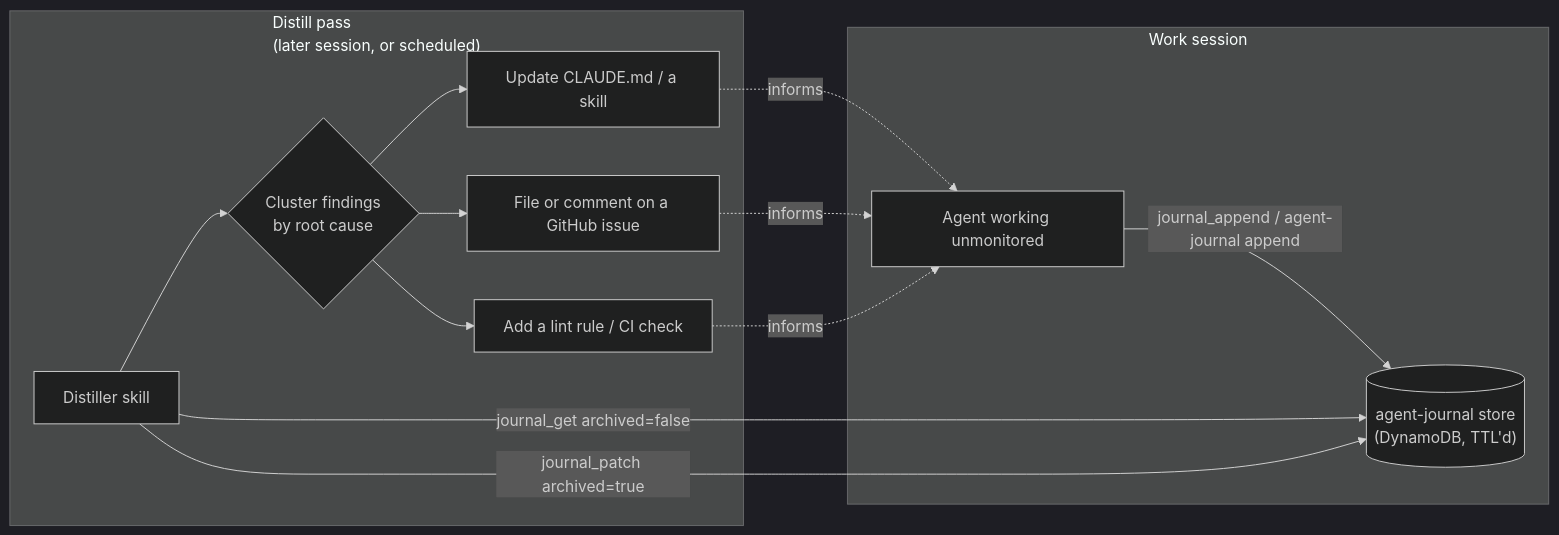
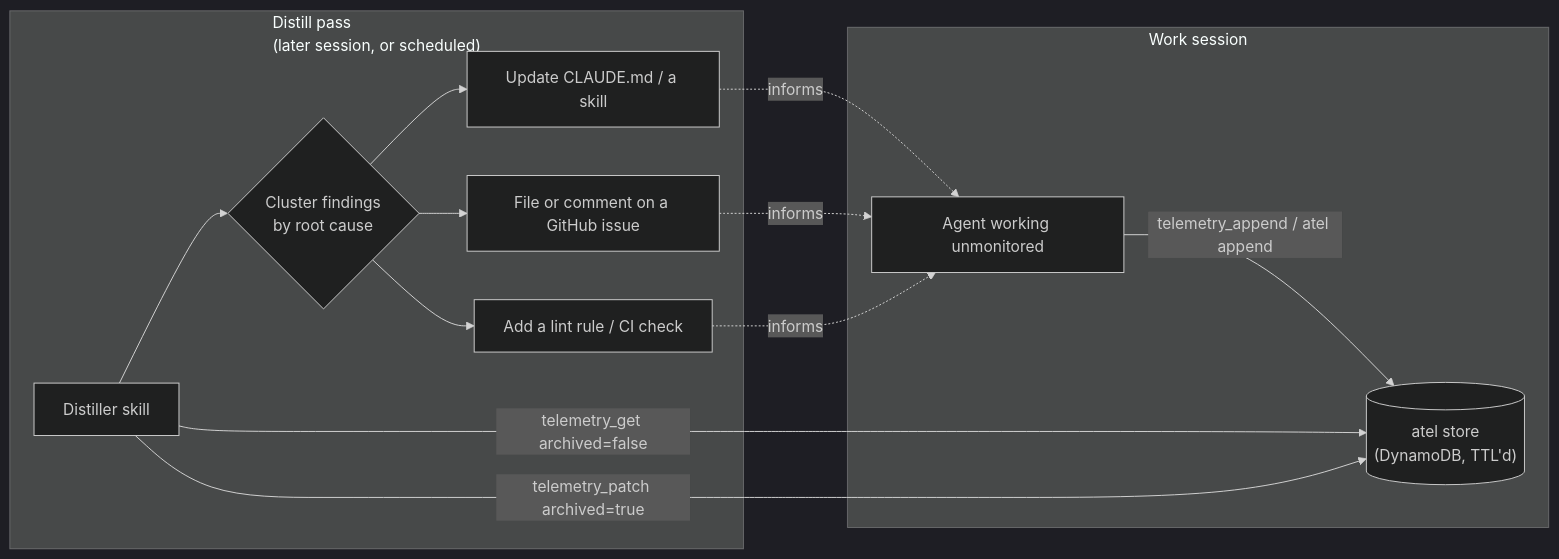
One commit to jonathanong/agent-blackboard changed the diagram in docs/loop-engineering.md. Above: the diagram before and after it, drawn with Mermaid (dark theme). The commit also changed other lines of this file and 200 other files, not shown here.

First line of the commit message:
Rename agent-journal to atel (Agent Telemetry) — full rebrand

````diff
--- a/docs/loop-engineering.md
+++ b/docs/loop-engineering.md
@@ -12,19 +12,19 @@
 ```mermaid
 flowchart LR
     subgraph W["Work session"]
-        A["Agent working unmonitored"] -->|"journal_append / agent-journal append"| J[("agent-journal store<br/>(DynamoDB, TTL'd)")]
+        A["Agent working unmonitored"] -->|"telemetry_append / atel append"| J[("atel store<br/>(DynamoDB, TTL'd)")]
     end
 
     subgraph L["Distill pass<br/>(later session, or scheduled)"]
-        D["Distiller skill"] -->|"journal_get archived=false"| J
+        D["Distiller skill"] -->|"telemetry_get archived=false"| J
         D --> C{"Cluster findings<br/>by root cause"}
         C --> O1["Update CLAUDE.md / a skill"]
         C --> O2["File or comment on a GitHub issue"]
         C --> O3["Add a lint rule / CI check"]
-        D -->|"journal_patch archived=true"| J
+        D -->|"telemetry_patch archived=true"| J
     end
 
     O1 -.->|informs| A
     O2 -.->|informs| A
     O3 -.->|informs| A
 ```
````
